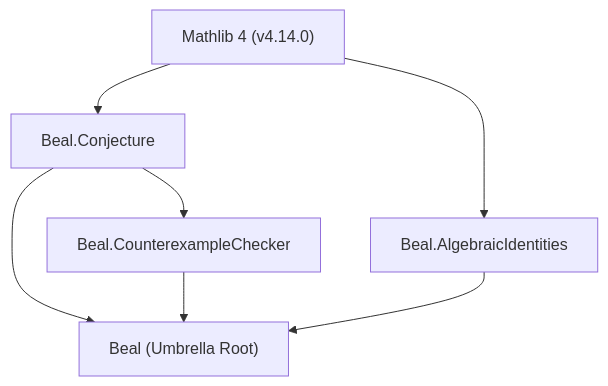
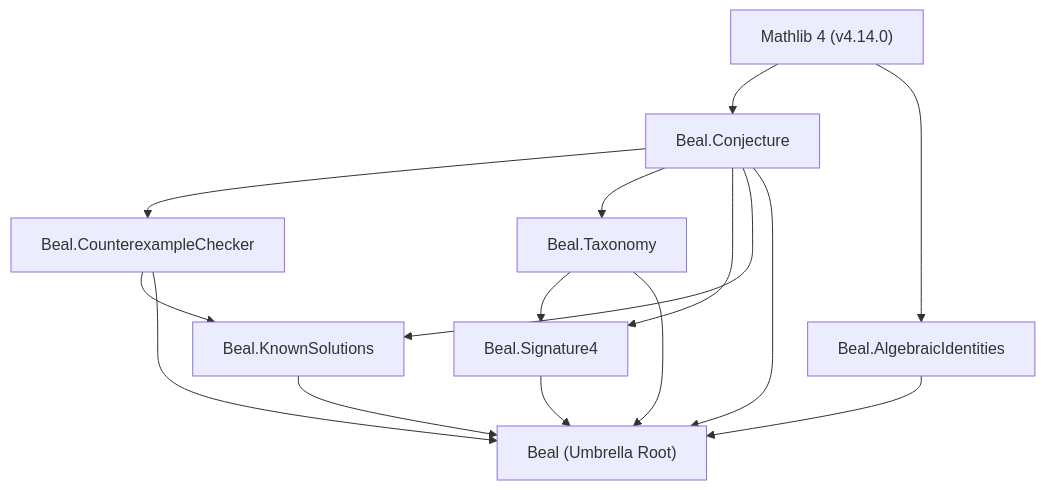
The first of 2 diagrams in research/checkpoints/formalization_roadmap.md (Joe-Simo/beal-public), drawn with Mermaid before and after one commit. The commit also changed other lines of this file and 68 other files, not shown here.

````diff
--- a/research/checkpoints/formalization_roadmap.md
+++ b/research/checkpoints/formalization_roadmap.md
@@ -63,9 +66,17 @@
 ```mermaid
 graph TD
     Mathlib["Mathlib 4 (v4.14.0)"] --> BealConjecture["Beal.Conjecture"]
     Mathlib --> BealIdentities["Beal.AlgebraicIdentities"]
     BealConjecture --> BealChecker["Beal.CounterexampleChecker"]
+    BealConjecture --> BealTaxonomy["Beal.Taxonomy"]
+    BealTaxonomy --> BealSignature4["Beal.Signature4"]
+    BealConjecture --> BealSignature4
+    BealConjecture --> BealKnown["Beal.KnownSolutions"]
+    BealChecker --> BealKnown
     BealConjecture --> BealRoot["Beal (Umbrella Root)"]
     BealChecker --> BealRoot
     BealIdentities --> BealRoot
+    BealTaxonomy --> BealRoot
+    BealSignature4 --> BealRoot
+    BealKnown --> BealRoot
 ```
````
